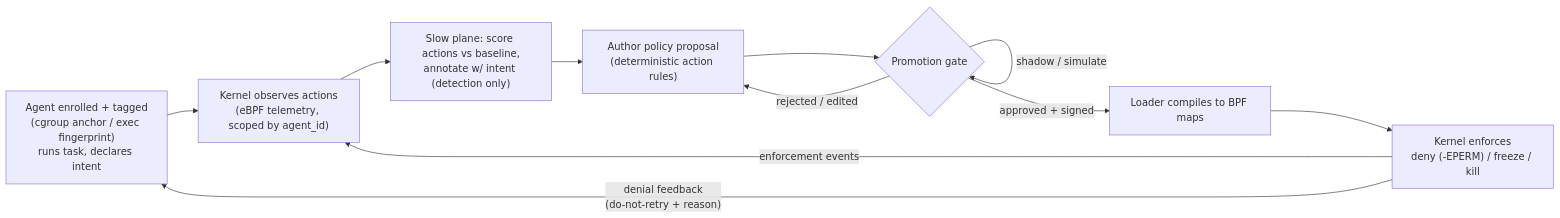
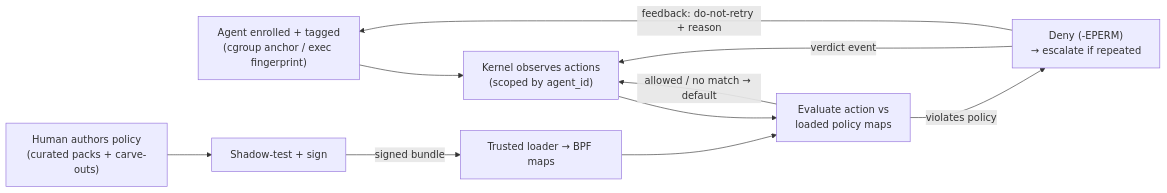
The second of 3 diagrams in architecture.md (gr8pr1/ai-agent-validator), drawn with Mermaid before and after one commit. The commit also changed other lines of this file and 1 other file, not shown here.

First line of the commit message:
docs: reshape architecture.md to policy-strict v1

````diff
--- a/architecture.md
+++ b/architecture.md
@@ -429,13 +322,11 @@
 ```mermaid
 flowchart LR
-    A["Agent enrolled + tagged\n(cgroup anchor / exec fingerprint)\nruns task, declares intent"] --> B["Kernel observes actions\n(eBPF telemetry, scoped by agent_id)"]
-    B --> C["Slow plane: score actions vs baseline,\nannotate w/ intent (detection only)"]
-    C --> D["Author policy proposal\n(deterministic action rules)"]
-    D --> E{"Promotion gate"}
-    E -->|"shadow / simulate"| E
-    E -->|"approved + signed"| F["Loader compiles to BPF maps"]
-    F --> G["Kernel enforces\ndeny (-EPERM) / freeze / kill"]
-    G -->|"enforcement events"| B
-    G -->|"denial feedback\n(do-not-retry + reason)"| A
-    E -->|"rejected / edited"| D
+    A["Agent enrolled + tagged\n(cgroup anchor / exec fingerprint)"] --> B["Kernel observes actions\n(scoped by agent_id)"]
+    B --> C["Evaluate action vs\nloaded policy maps"]
+    C -->|"allowed / no match → default"| B
+    C -->|"violates policy"| G["Deny (-EPERM)\n→ escalate if repeated"]
+    G -->|"verdict event"| B
+    G -->|"feedback: do-not-retry + reason"| A
+    P["Human authors policy\n(curated packs + carve-outs)"] --> S["Shadow-test + sign"]
+    S -->|"signed bundle"| L["Trusted loader → BPF maps"] --> C
 ```
````
